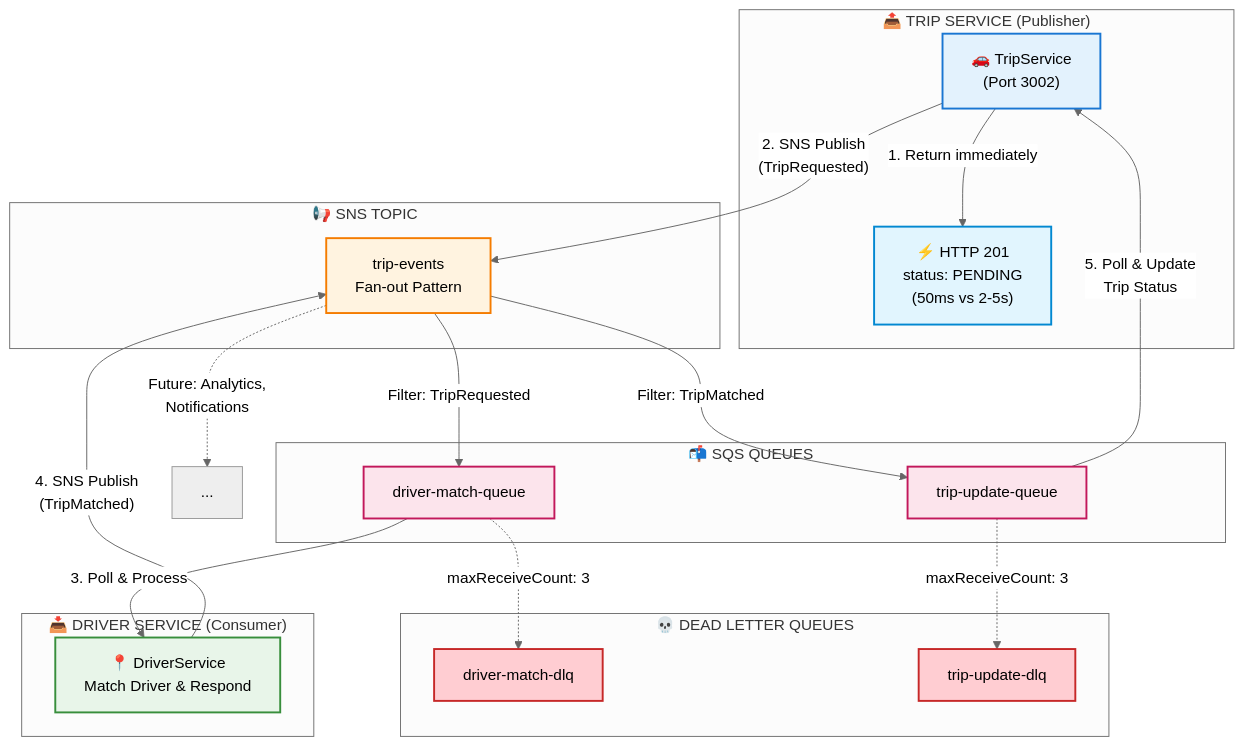
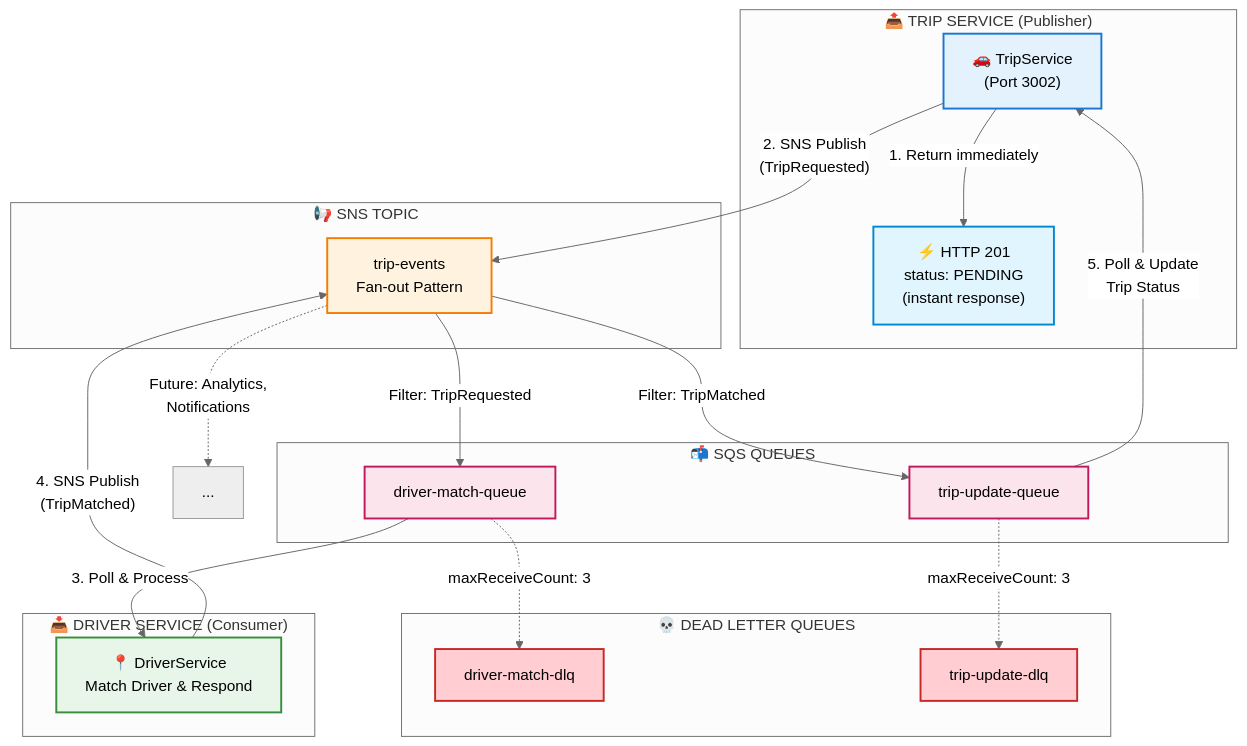
One commit to dieuxuanhien/uit-go-se360 changed the diagram in Deliverables/ADR/ADR-001-async-communication.md. Above: the diagram before and after it, drawn with Mermaid (neutral theme). The commit also changed other lines of this file and 6 other files, not shown here.

````diff
--- a/Deliverables/ADR/ADR-001-async-communication.md
+++ b/Deliverables/ADR/ADR-001-async-communication.md
@@ -47,59 +135,59 @@
 ```mermaid
 flowchart TB
     subgraph Publisher["📤 TRIP SERVICE (Publisher)"]
         TS["🚗 TripService<br/>(Port 3002)"]
-        HTTP["⚡ HTTP 201<br/>status: PENDING<br/>(50ms vs 2-5s)"]
+        HTTP["⚡ HTTP 201<br/>status: PENDING<br/>(instant response)"]
     end
 
     subgraph SNS["📢 SNS TOPIC"]
         Topic["trip-events<br/>Fan-out Pattern"]
     end
 
     subgraph Queues["📬 SQS QUEUES"]
         SQS1["driver-match-queue"]
         SQS2["trip-update-queue"]
     end
 
     subgraph DLQs["💀 DEAD LETTER QUEUES"]
         DLQ1["driver-match-dlq"]
         DLQ2["trip-update-dlq"]
     end
 
     subgraph Consumer["📥 DRIVER SERVICE (Consumer)"]
         DS["📍 DriverService<br/>Match Driver & Respond"]
     end
 
     %% Trip Creation Flow
     TS -->|"1. Return immediately"| HTTP
     TS -->|"2. SNS Publish<br/>(TripRequested)"| Topic
 
     %% SNS Fan-out to Queues
     Topic -->|"Filter: TripRequested"| SQS1
     Topic -->|"Filter: TripMatched"| SQS2
     Topic -.->|"Future: Analytics,<br/>Notifications"| Future["..."]
 
     %% DLQ connections
     SQS1 -.->|"maxReceiveCount: 3"| DLQ1
     SQS2 -.->|"maxReceiveCount: 3"| DLQ2
 
     %% Driver Service processes and responds
     SQS1 -->|"3. Poll & Process"| DS
     DS -->|"4. SNS Publish<br/>(TripMatched)"| Topic
 
     %% Trip Service receives update
     SQS2 -->|"5. Poll & Update<br/>Trip Status"| TS
 
     classDef tsBox fill:#e3f2fd,stroke:#1976d2,stroke-width:2px
     classDef snsBox fill:#fff3e0,stroke:#f57c00,stroke-width:2px
     classDef sqsBox fill:#fce4ec,stroke:#c2185b,stroke-width:2px
     classDef dlqBox fill:#ffcdd2,stroke:#c62828,stroke-width:2px
     classDef dsBox fill:#e8f5e9,stroke:#388e3c,stroke-width:2px
     classDef httpBox fill:#e1f5fe,stroke:#0288d1,stroke-width:2px
 
     class TS tsBox
     class Topic snsBox
     class SQS1,SQS2 sqsBox
     class DLQ1,DLQ2 dlqBox
     class DS dsBox
     class HTTP httpBox
 ```
````
